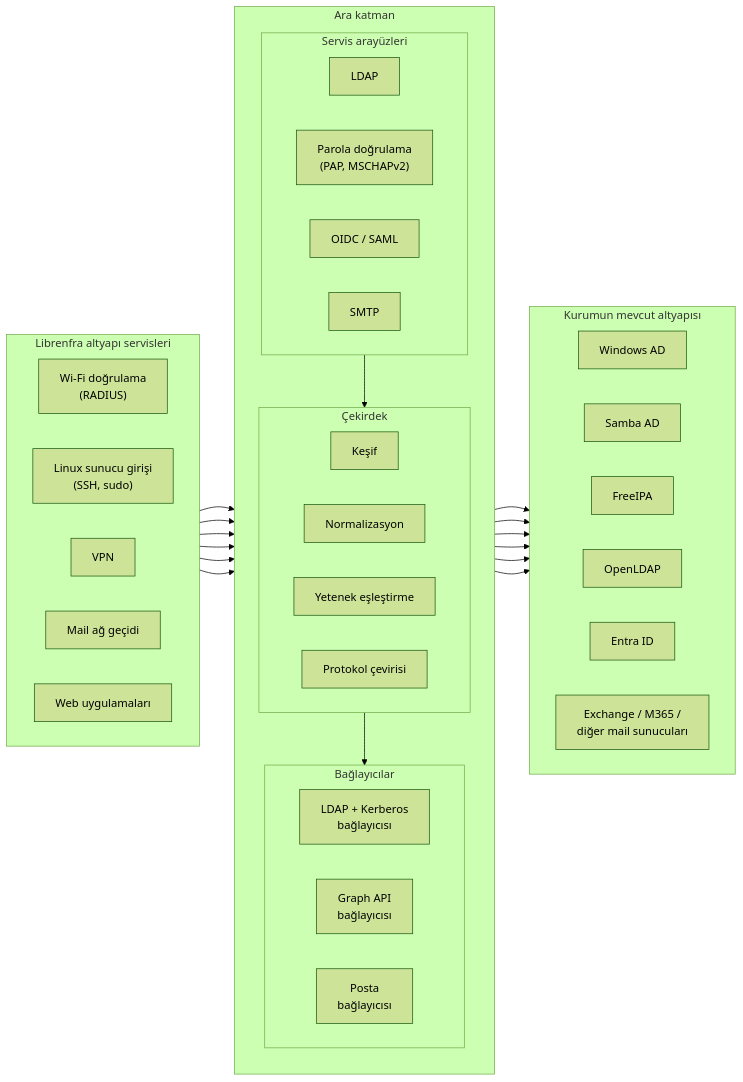
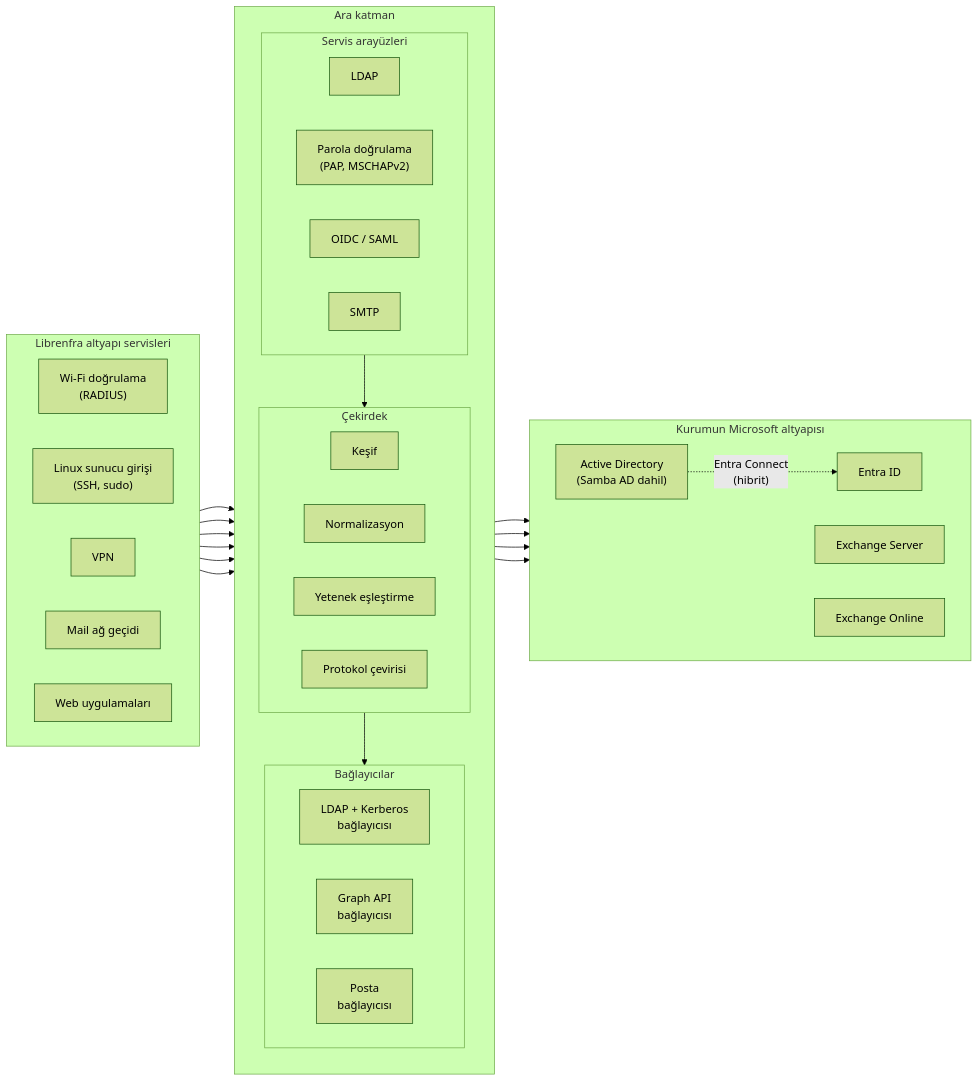
The first of 3 diagrams in docs/03-entegrasyon.md (Librenfra/librenfra), drawn with Mermaid (forest theme) before and after one commit. The commit also changed other lines of this file and 1 other file, not shown here.

Commit message:
Update integration documentation to specify compatibility with Microsoft infrastructure

````diff
--- a/docs/03-entegrasyon.md
+++ b/docs/03-entegrasyon.md
@@ -37,60 +52,57 @@
 ```mermaid
 flowchart LR
     subgraph S["Librenfra altyapı servisleri"]
         direction LR
         S1["Wi-Fi doğrulama<br/>(RADIUS)"]
         S2["Linux sunucu girişi<br/>(SSH, sudo)"]
         S3["VPN"]
         S4["Mail ağ geçidi"]
         S5["Web uygulamaları"]
     end
 
     subgraph A["Ara katman"]
         direction TB
         subgraph AY["Servis arayüzleri"]
             direction LR
             Y1["LDAP"]
             Y2["Parola doğrulama<br/>(PAP, MSCHAPv2)"]
             Y3["OIDC / SAML"]
             Y4["SMTP"]
         end
         subgraph AC["Çekirdek"]
             direction LR
             C1["Keşif"]
             C2["Normalizasyon"]
             C3["Yetenek eşleştirme"]
             C4["Protokol çevirisi"]
         end
         subgraph AB["Bağlayıcılar"]
             direction LR
             B1["LDAP + Kerberos<br/>bağlayıcısı"]
             B2["Graph API<br/>bağlayıcısı"]
             B3["Posta<br/>bağlayıcısı"]
         end
         AY --> AC --> AB
     end
 
-    subgraph K["Kurumun mevcut altyapısı"]
+    subgraph K["Kurumun Microsoft altyapısı"]
         direction LR
-        D1["Windows AD"]
-        D2["Samba AD"]
-        D3["FreeIPA"]
-        D4["OpenLDAP"]
-        D5["Entra ID"]
-        M1["Exchange / M365 /<br/>diğer mail sunucuları"]
+        D1["Active Directory<br/>(Samba AD dahil)"]
+        D2["Entra ID"]
+        M1["Exchange Server"]
+        M2["Exchange Online"]
     end
 
     S1 --> Y2
     S2 --> Y1
     S3 --> Y2
     S4 --> Y1
     S4 --> Y4
     S5 --> Y3
 
     B1 --> D1
-    B1 --> D2
-    B1 --> D3
-    B1 --> D4
-    B2 --> D5
+    B2 --> D2
     B3 --> M1
+    B3 --> M2
+    D1 -. "Entra Connect<br/>(hibrit)" .-> D2
 ```
````
